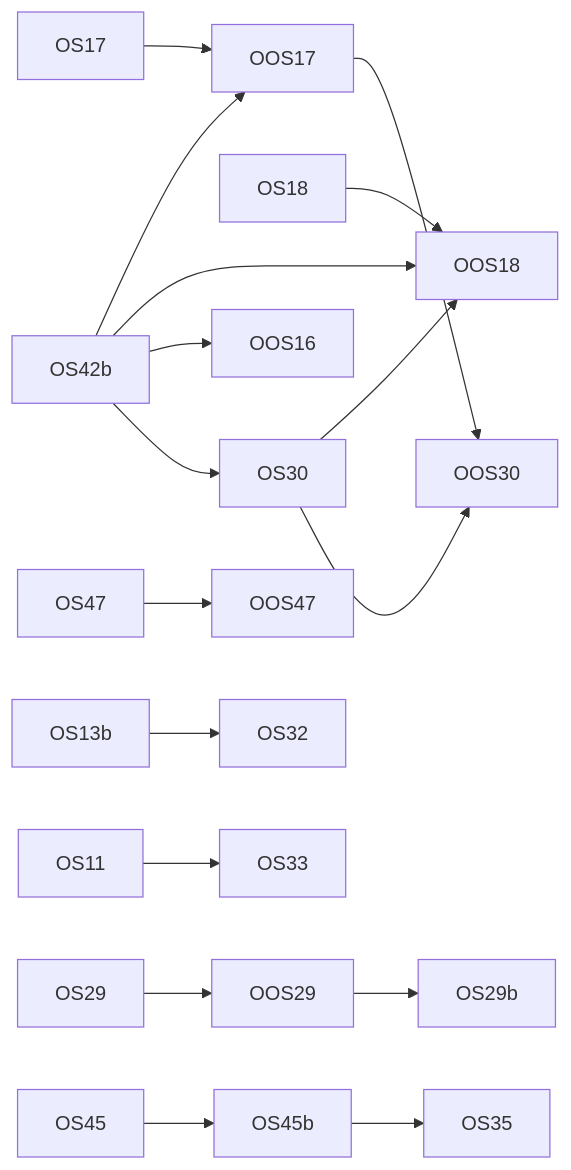
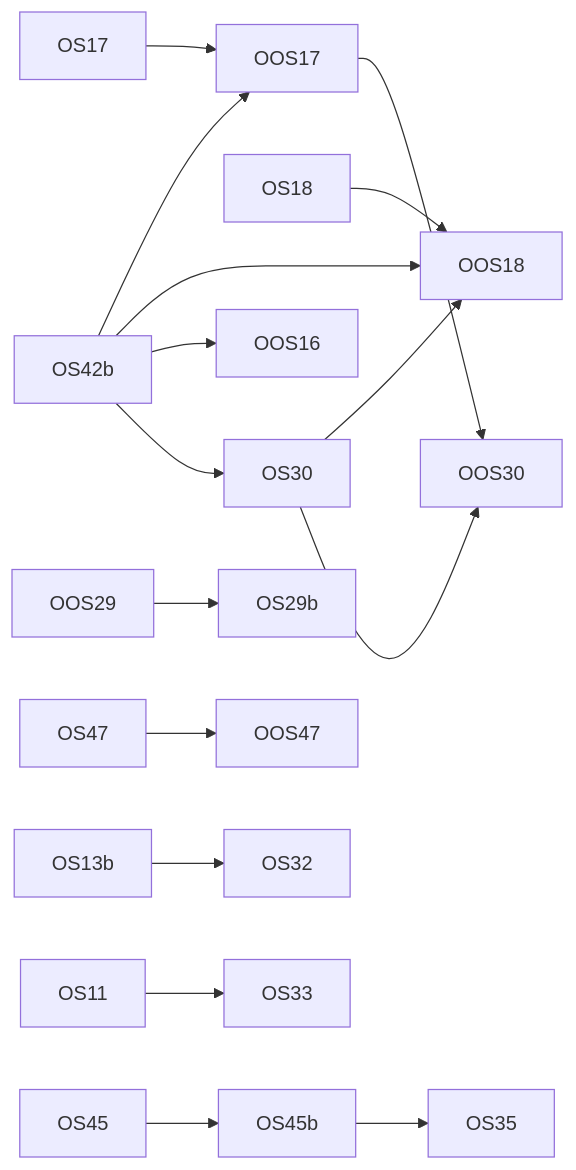
One commit to diy-accounting-uk/submit.diyaccounting.co.uk changed the diagram in PLAN_ORGANIC_SEARCH.md. Above: the diagram before and after it, drawn with Mermaid. The commit also changed other lines of this file and 1 other file, not shown here.

First line of the commit message:
Board: the Wikidata statements are written; OOS29 is the operator's

````diff
--- a/PLAN_ORGANIC_SEARCH.md
+++ b/PLAN_ORGANIC_SEARCH.md
@@ -903,19 +902,18 @@
 ```mermaid
 flowchart LR
   OS42b --> OOS17
   OS42b --> OOS18
   OS17 --> OOS17
   OS18 --> OOS18
   OS30 --> OOS18
-  OS29 --> OOS29
   OOS29 --> OS29b
   OS42b --> OOS16
   OS47 --> OOS47
   OS30 --> OOS30
   OOS17 --> OOS30
   OS13b --> OS32
   OS42b --> OS30
   OS11 --> OS33
   OS45 --> OS45b
   OS45b --> OS35
 ```
````
